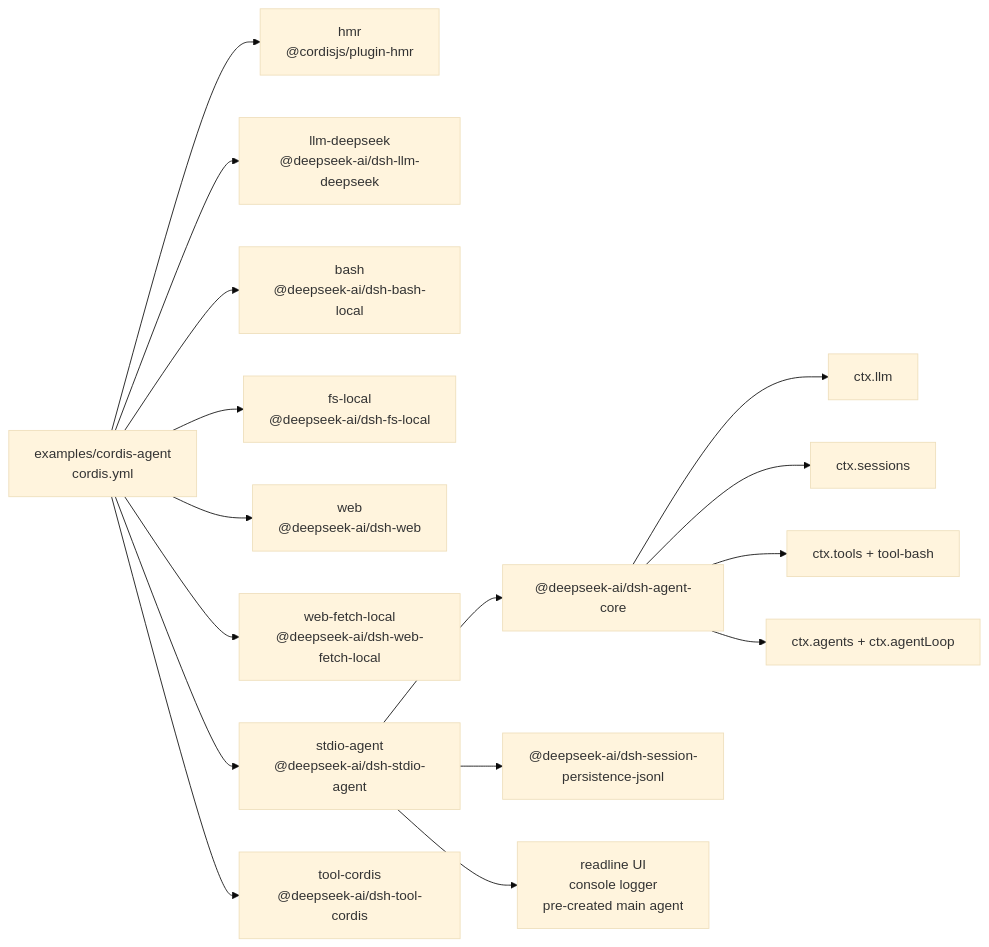
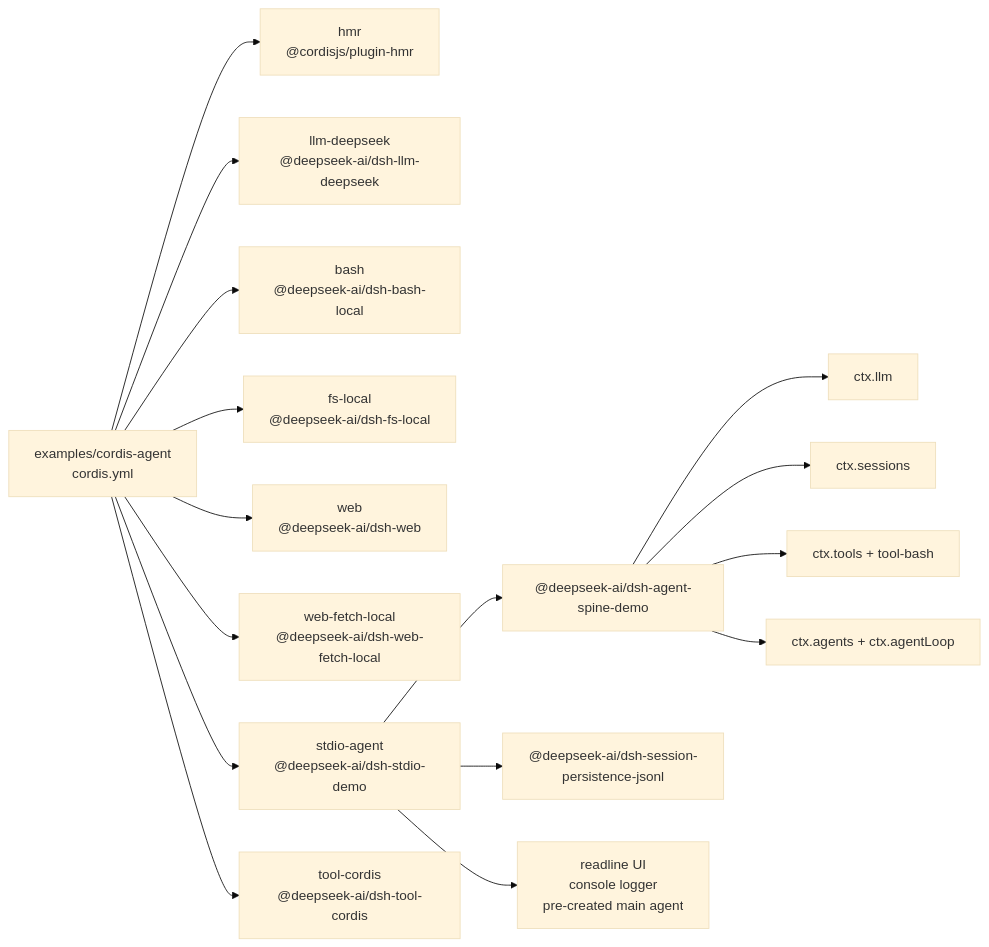
One commit to eru123/coco-harness changed the diagram in examples/cordis-agent/composition.md. Above: the diagram before and after it, drawn with Mermaid (base theme). The commit also changed other lines of this file and 154 other files, not shown here.

First line of the commit message:
Merge pull request #325 from deepseek-harness/worktree-demo-move

````diff
--- a/examples/cordis-agent/composition.md
+++ b/examples/cordis-agent/composition.md
@@ -8,27 +8,27 @@
 ```mermaid
 flowchart LR
   cfg["examples/cordis-agent<br/>cordis.yml"]
   plugin_cordis_hmr["hmr<br/>@cordisjs/plugin-hmr"]
   cfg --> plugin_cordis_hmr
   plugin_cordis_llm_deepseek["llm-deepseek<br/>@deepseek-ai/dsh-llm-deepseek"]
   cfg --> plugin_cordis_llm_deepseek
   plugin_cordis_bash["bash<br/>@deepseek-ai/dsh-bash-local"]
   cfg --> plugin_cordis_bash
   plugin_cordis_fs_local["fs-local<br/>@deepseek-ai/dsh-fs-local"]
   cfg --> plugin_cordis_fs_local
   plugin_cordis_web["web<br/>@deepseek-ai/dsh-web"]
   cfg --> plugin_cordis_web
   plugin_cordis_web_fetch_local["web-fetch-local<br/>@deepseek-ai/dsh-web-fetch-local"]
   cfg --> plugin_cordis_web_fetch_local
-  plugin_cordis_stdio_agent["stdio-agent<br/>@deepseek-ai/dsh-stdio-agent"]
+  plugin_cordis_stdio_agent["stdio-agent<br/>@deepseek-ai/dsh-stdio-demo"]
   cfg --> plugin_cordis_stdio_agent
-  plugin_cordis_stdio_agent --> bundle_agent_core["@deepseek-ai/dsh-agent-core"]
+  plugin_cordis_stdio_agent --> bundle_agent_core["@deepseek-ai/dsh-agent-spine-demo"]
   plugin_cordis_stdio_agent --> bundle_jsonl["@deepseek-ai/dsh-session-persistence-jsonl"]
   plugin_cordis_stdio_agent --> frontdoor_stdio["readline UI<br/>console logger<br/>pre-created main agent"]
   bundle_agent_core --> spine_llm["ctx.llm"]
   bundle_agent_core --> spine_sessions["ctx.sessions"]
   bundle_agent_core --> spine_tools["ctx.tools + tool-bash"]
   bundle_agent_core --> spine_loop["ctx.agents + ctx.agentLoop"]
   plugin_cordis_tool_cordis["tool-cordis<br/>@deepseek-ai/dsh-tool-cordis"]
   cfg --> plugin_cordis_tool_cordis
 ```
````
